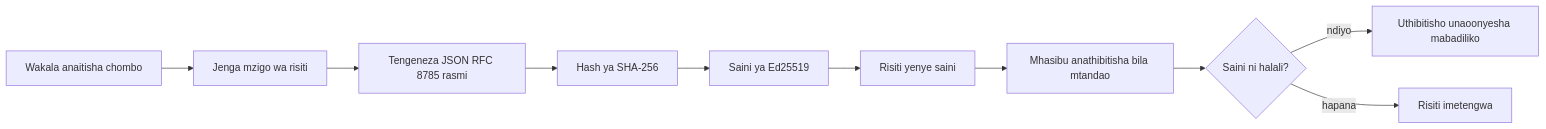
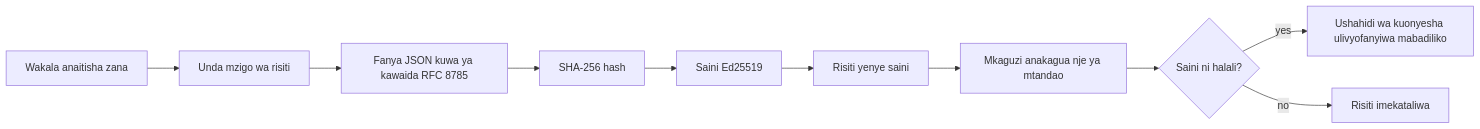
The first of 2 diagrams in translations/sw/18-securing-ai-agents/README.md (microsoft/ai-agents-for-beginners), drawn with Mermaid before and after one commit. The commit also changed other lines of this file and 222 other files, not shown here.

````diff
--- a/translations/sw/18-securing-ai-agents/README.md
+++ b/translations/sw/18-securing-ai-agents/README.md
@@ -51,12 +51,12 @@
 ```mermaid
 flowchart LR
-    A[Wakala anaitisha chombo] --> B[Jenga mzigo wa risiti]
-    B --> C[Tengeneza JSON RFC 8785 rasmi]
-    C --> D[Hash ya SHA-256]
-    D --> E[Saini ya Ed25519]
+    A[Wakala anaitisha zana] --> B[Unda mzigo wa risiti]
+    B --> C[Fanya JSON kuwa ya kawaida RFC 8785]
+    C --> D[SHA-256 hash]
+    D --> E[Saini Ed25519]
     E --> F[Risiti yenye saini]
-    F --> G[Mhasibu anathibitisha bila mtandao]
+    F --> G[Mkaguzi anakagua nje ya mtandao]
     G --> H{Saini ni halali?}
-    H -- ndiyo --> I[Uthibitisho unaoonyesha mabadiliko]
-    H -- hapana --> J[Risiti imetengwa]
+    H -- yes --> I[Ushahidi wa kuonyesha ulivyofanyiwa mabadiliko]
+    H -- no --> J[Risiti imekataliwa]
 ```
````
